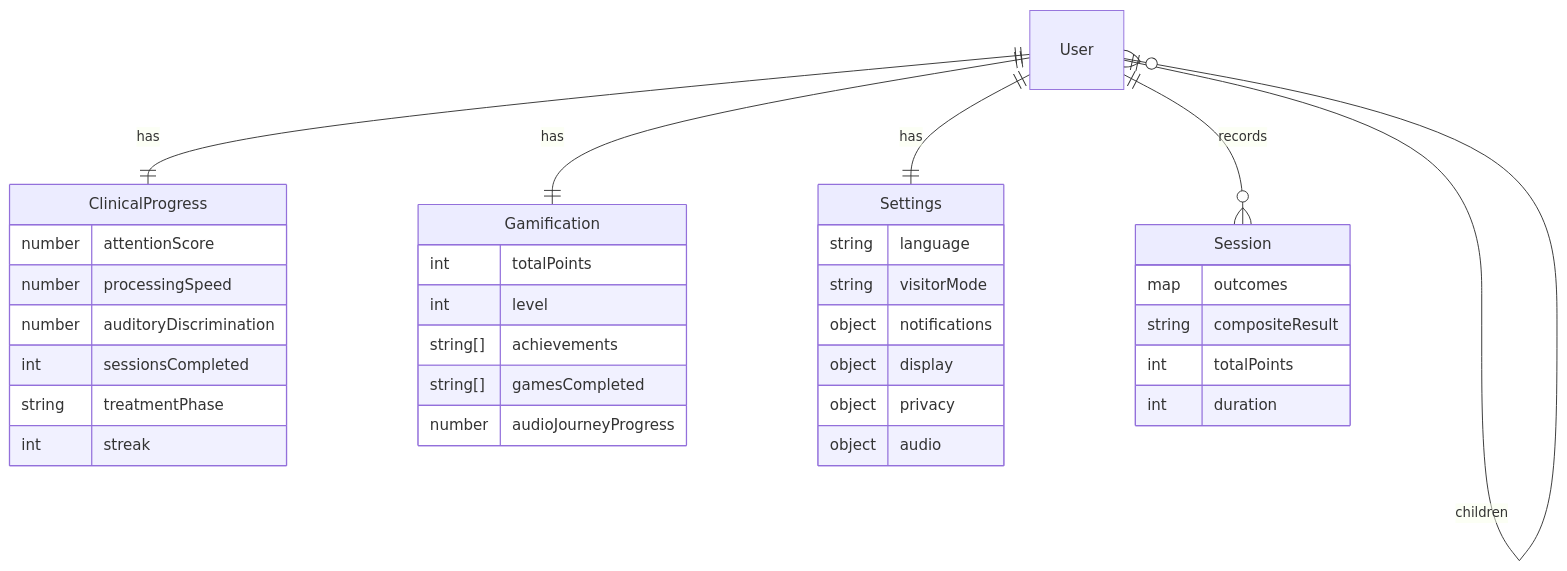
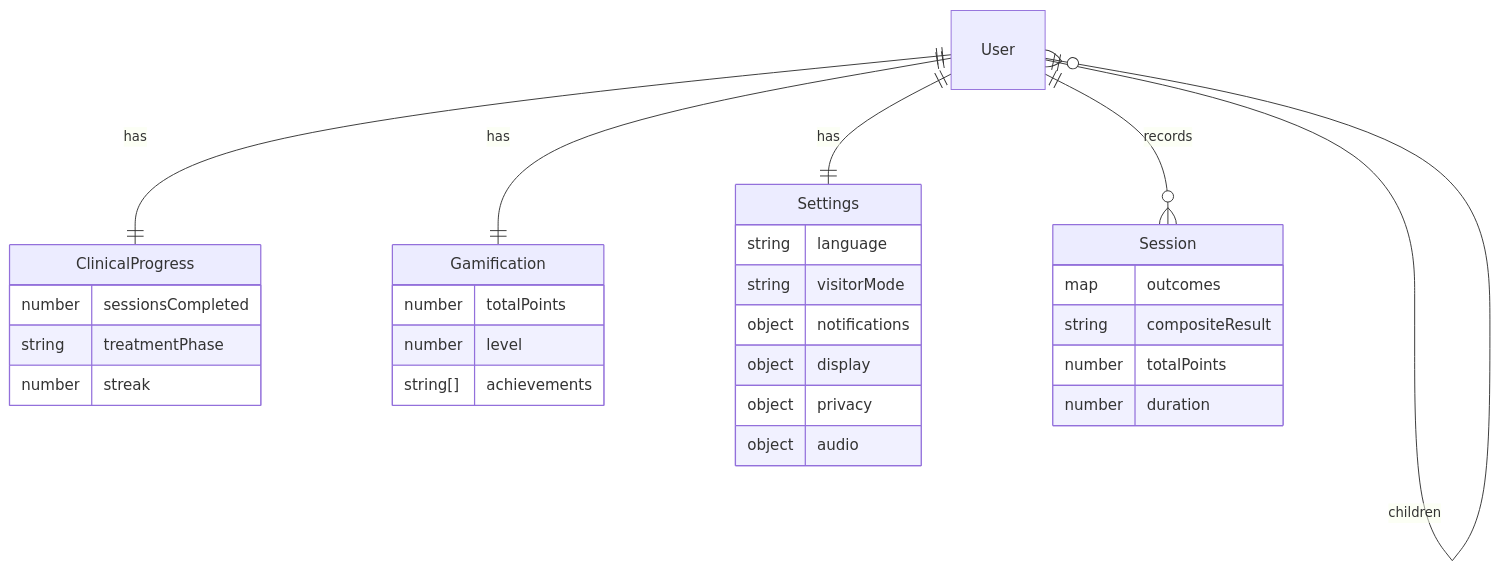
Before and after one commit to zarzar94/lotusfinalversion: the second of 5 diagrams in docs/IMPLEMENTATION_PLAN.md, drawn with Mermaid. The commit also changed other lines of this file and 6 other files, not shown here.

````diff
--- a/docs/IMPLEMENTATION_PLAN.md
+++ b/docs/IMPLEMENTATION_PLAN.md
@@ -75,12 +104,12 @@
 ```mermaid
 erDiagram
   User ||--|| ClinicalProgress : has
   User ||--|| Gamification : has
   User ||--|| Settings : has
   User ||--o{ Session : records
   User ||--o{ User : children
-  ClinicalProgress { number attentionScore number processingSpeed number auditoryDiscrimination int sessionsCompleted string treatmentPhase int streak }
-  Gamification { int totalPoints int level string[] achievements string[] gamesCompleted number audioJourneyProgress }
-  Session { map outcomes string compositeResult int totalPoints int duration }
+  ClinicalProgress { number sessionsCompleted string treatmentPhase number streak }
+  Gamification { number totalPoints number level string[] achievements }
   Settings { string language string visitorMode object notifications object display object privacy object audio }
+  Session { map outcomes string compositeResult number totalPoints number duration }
 ```
````
